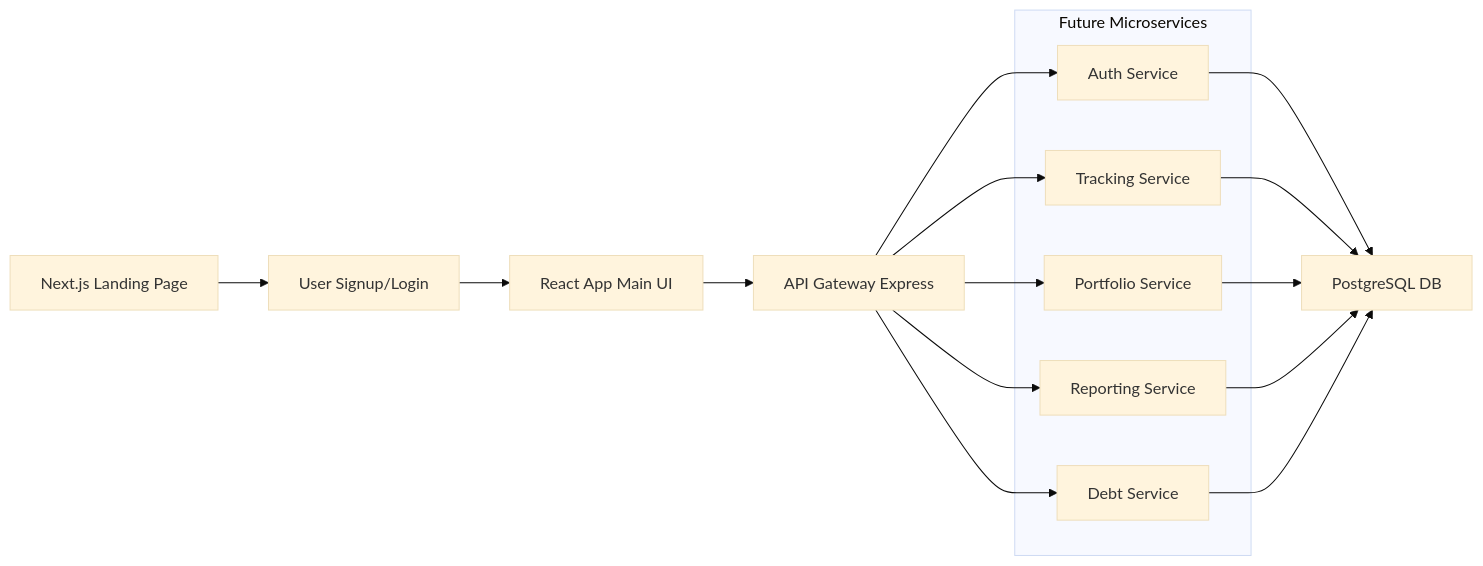
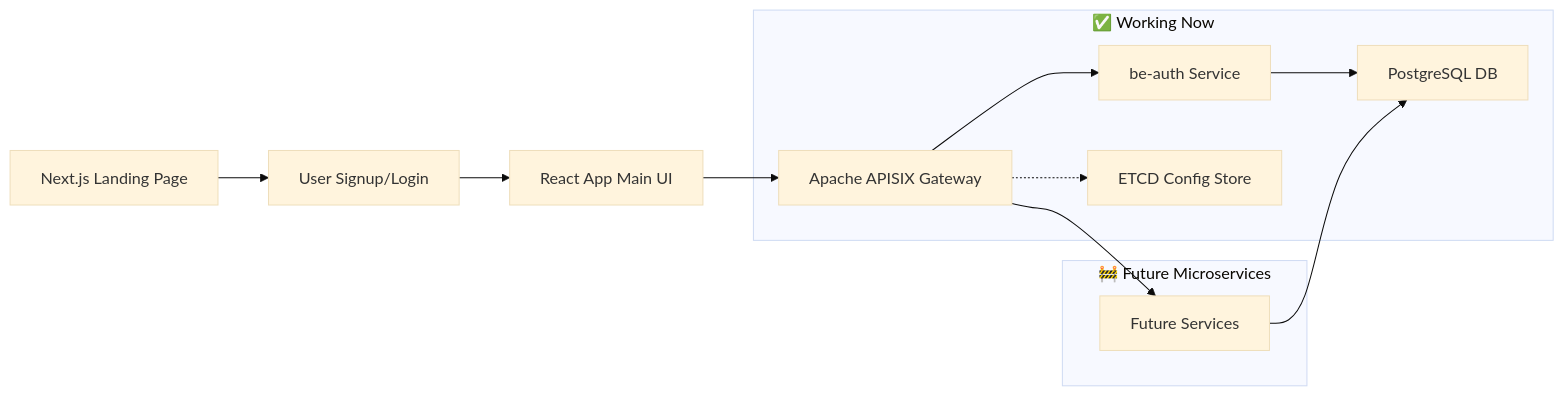
The diagram in README.md (ahamedzoha/shonchoy), drawn with Mermaid (base theme) before and after one commit. The commit also changed other lines of this file and 73 other files, not shown here.

Commit message:
updated be auth service and updated docs

````diff
--- a/README.md
+++ b/README.md
@@ -40,23 +41,21 @@
 ```mermaid
 graph LR
     A[Next.js Landing Page] --> B[User Signup/Login]
     B --> C[React App Main UI]
-    C --> D[API Gateway Express]
-    D --> E[Auth Service]
-    D --> F[Tracking Service]
-    D --> G[Portfolio Service]
-    D --> H[Reporting Service]
-    D --> I[Debt Service]
-    E --> J[PostgreSQL DB]
-    F --> J
-    G --> J
-    H --> J
-    I --> J
-    subgraph MS [Future Microservices]
+    C --> D[Apache APISIX Gateway]
+    D --> E[be-auth Service]
+    D --> F[Future Services]
+    E --> G[PostgreSQL DB]
+    F --> G
+    D -.-> H[ETCD Config Store]
+
+    subgraph "✅ Working Now"
+        D
         E
-        F
         G
         H
-        I
+    end
+    subgraph "🚧 Future Microservices"
+        F
     end
 ```
````
